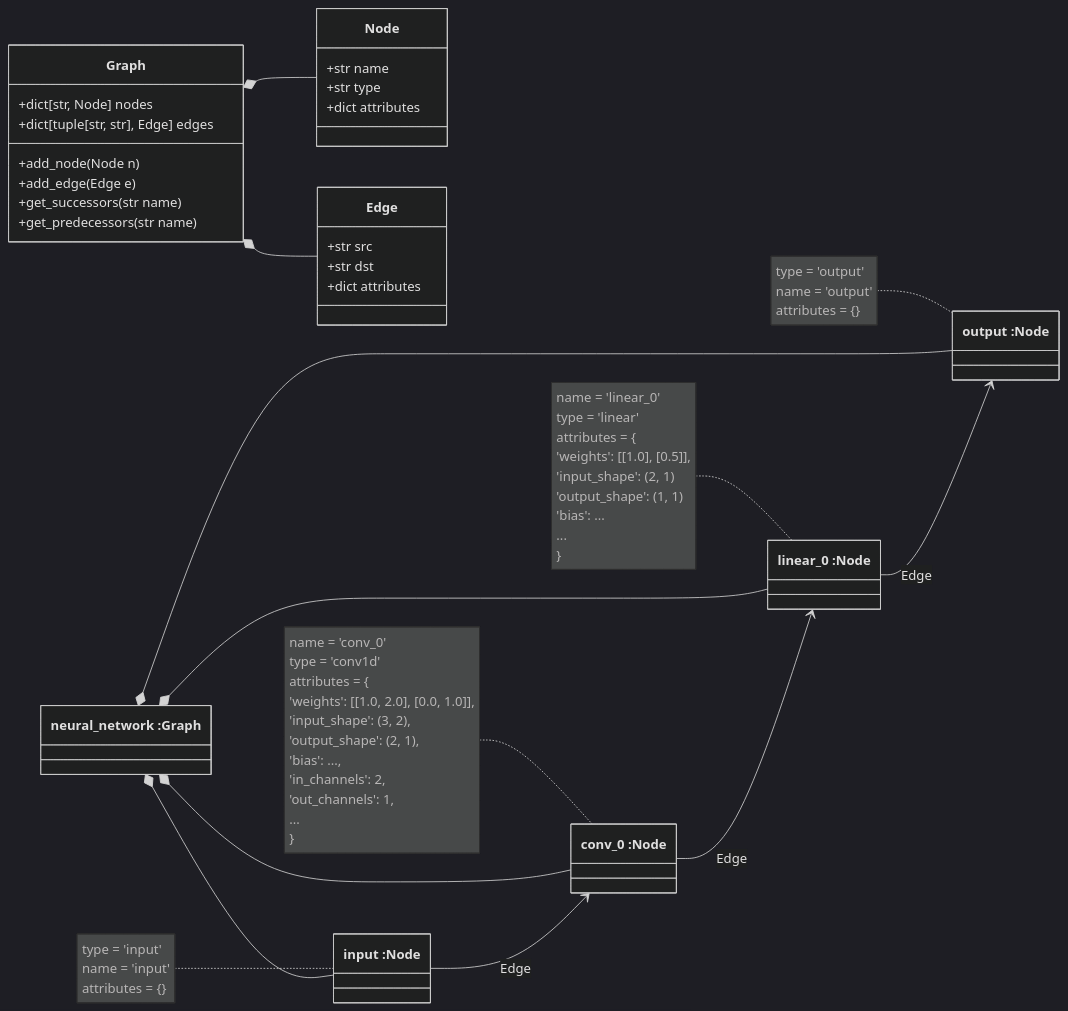
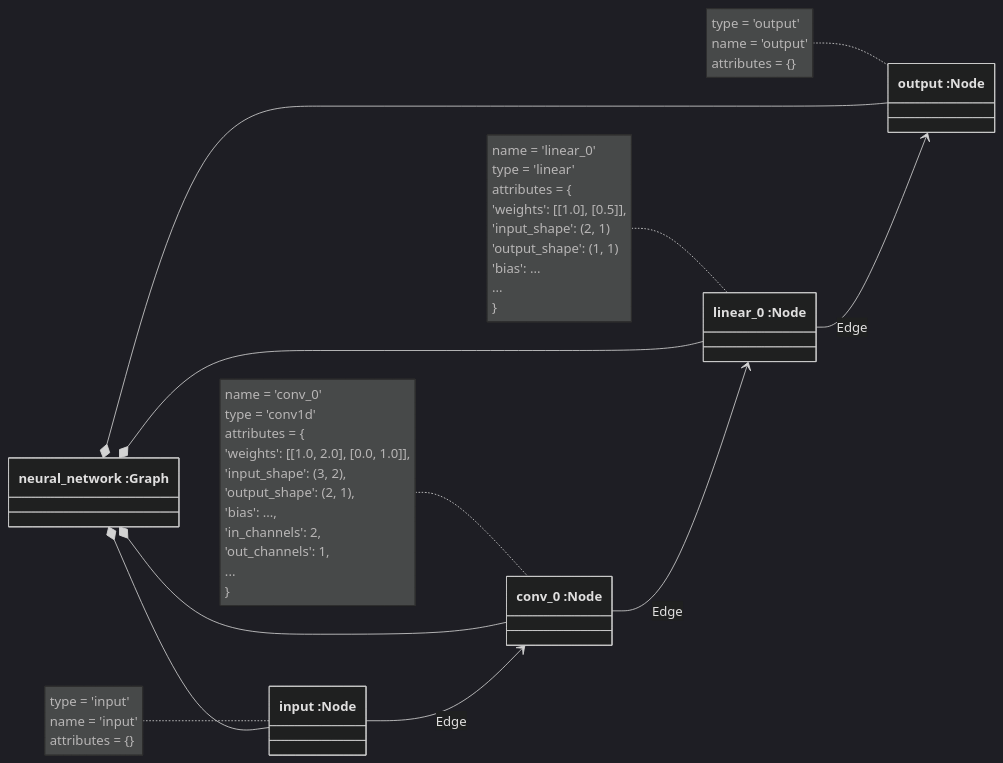
One commit to es-ude/elastic-ai.creator changed the second of 2 diagrams in docs/creator/ir2vhdl.md. Above: the diagram before and after it, drawn with Mermaid (dark theme). The commit also changed other lines of this file and 4 other files, not shown here.

First line of the commit message:
feat(ir2verilog): use the new data graph api

````diff
--- a/docs/creator/ir2vhdl.md
+++ b/docs/creator/ir2vhdl.md
@@ -65,75 +65,54 @@
 ```mermaid
 
     classDiagram
       direction LR
-      class Node {
-        +str name
-        +str type
-        +dict attributes
-      }
+      
 
-      class Edge {
-        +str src
-        +str dst
-        +dict attributes
-      }
-
-      class Graph {
-        +dict[str, Node] nodes
-        +dict[tuple[str, str], Edge] edges
-        +add_node(Node n)
-        +add_edge(Edge e)
-        +get_successors(str name)
-        +get_predecessors(str name)
-      }
-
-      Graph *-- Node
-      Graph *-- Edge
 
     class neural_network["neural_network :Graph"]
 
     class input["input :Node"]
     class conv_0["conv_0 :Node"]
     class linear_0["linear_0 :Node"]
     class output["output :Node"]
 
     neural_network *-- conv_0
     neural_network *-- linear_0
     neural_network *-- input
     neural_network *-- output
 
     note for input  "type = 'input'
     name = 'input'
     attributes = {}"
 
     note for output "type = 'output'
     name = 'output'
     attributes = {}
     "
 
     note for conv_0 "name = 'conv_0'
     type = 'conv1d'
     attributes = {
         'weights': [[1.0, 2.0], [0.0, 1.0]],
         'input_shape': (3, 2),
         'output_shape': (2, 1),
         'bias': ...,
         'in_channels': 2,
         'out_channels': 1,
         ...
      }"
 
     note for linear_0 "name = 'linear_0'
     type = 'linear'
     attributes = {
         'weights': [[1.0], [0.5]],
         'input_shape': (2, 1)
         'output_shape': (1, 1)
         'bias': ...
         ...
     }"
 
     input --> conv_0 : Edge
     conv_0 --> linear_0 : Edge
     linear_0 --> output : Edge
 ```
````
